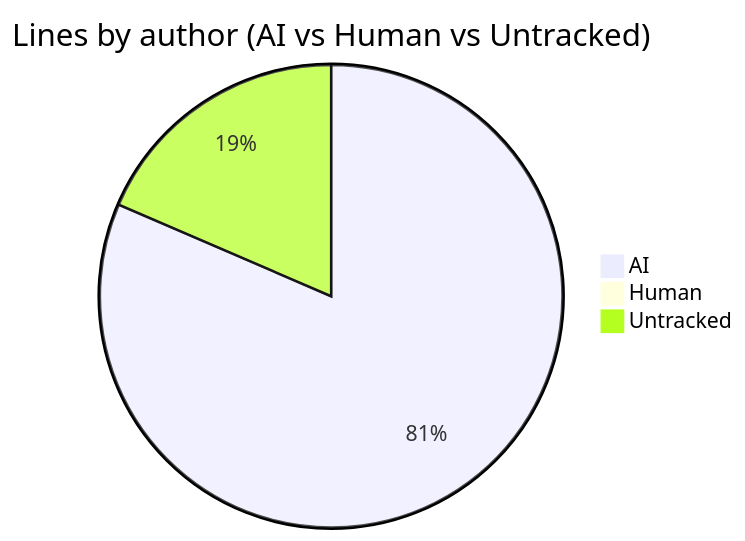
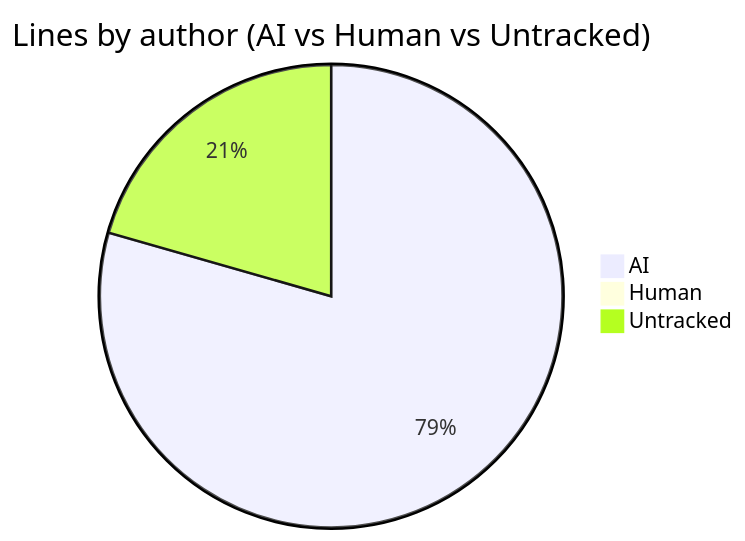
The second of 7 diagrams in AI-AUTHORSHIP.md (CaliMark/game-of-life), drawn with Mermaid before and after one commit. The commit also changed other lines of this file and 1 other file, not shown here.

````diff
--- a/AI-AUTHORSHIP.md
+++ b/AI-AUTHORSHIP.md
@@ -35,6 +35,6 @@
 ```mermaid
 pie title Lines by author (AI vs Human vs Untracked)
-    "AI" : 585
+    "AI" : 583
     "Human" : 0
-    "Untracked" : 133
+    "Untracked" : 151
 ```
````
